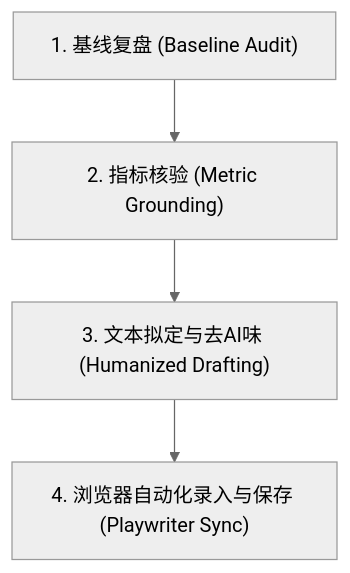
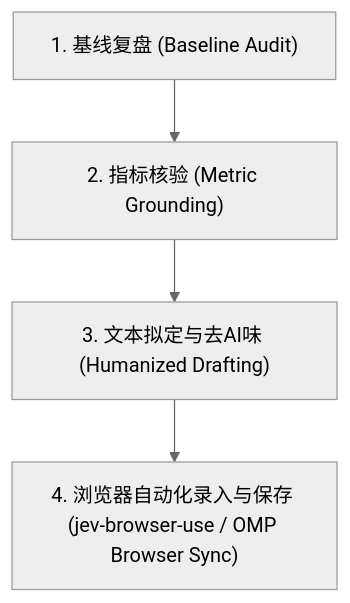
The diagram in agent-skills/local/product-strategy/hpm-performance-review/SKILL.md (suainam/mac-bootstrap-template), drawn with Mermaid (neutral theme) before and after one commit. The commit also changed other lines of this file and 10 other files, not shown here.

Commit message:
refactor(skills): migrate Herdr QA and HPM review to jev-browser-use and OMP browser (Refs #175)

````diff
--- a/agent-skills/local/product-strategy/hpm-performance-review/SKILL.md
+++ b/agent-skills/local/product-strategy/hpm-performance-review/SKILL.md
@@ -40,6 +40,6 @@
 ```mermaid
 flowchart TD
     S1["1. 基线复盘 (Baseline Audit)"] --> S2["2. 指标核验 (Metric Grounding)"]
     S2 --> S3["3. 文本拟定与去AI味 (Humanized Drafting)"]
-    S3 --> S4["4. 浏览器自动化录入与保存 (Playwriter Sync)"]
+    S3 --> S4["4. 浏览器自动化录入与保存 (jev-browser-use / OMP Browser Sync)"]
 ```
````
